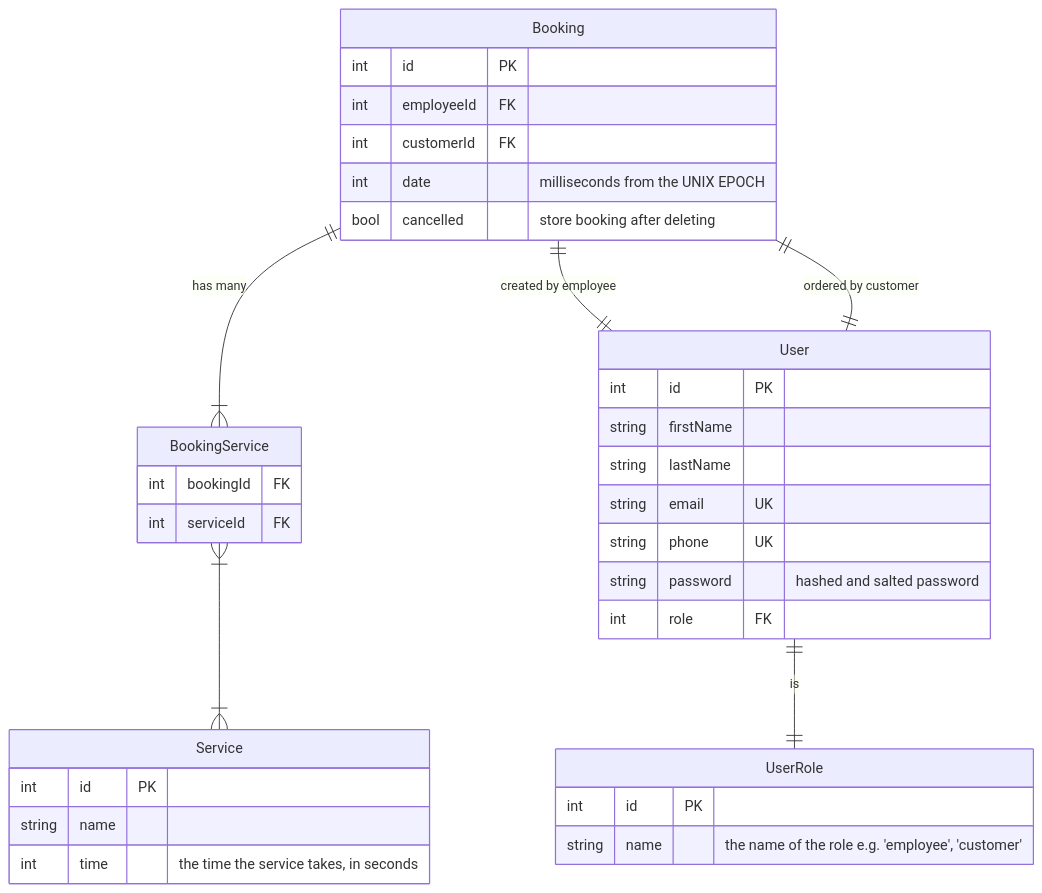
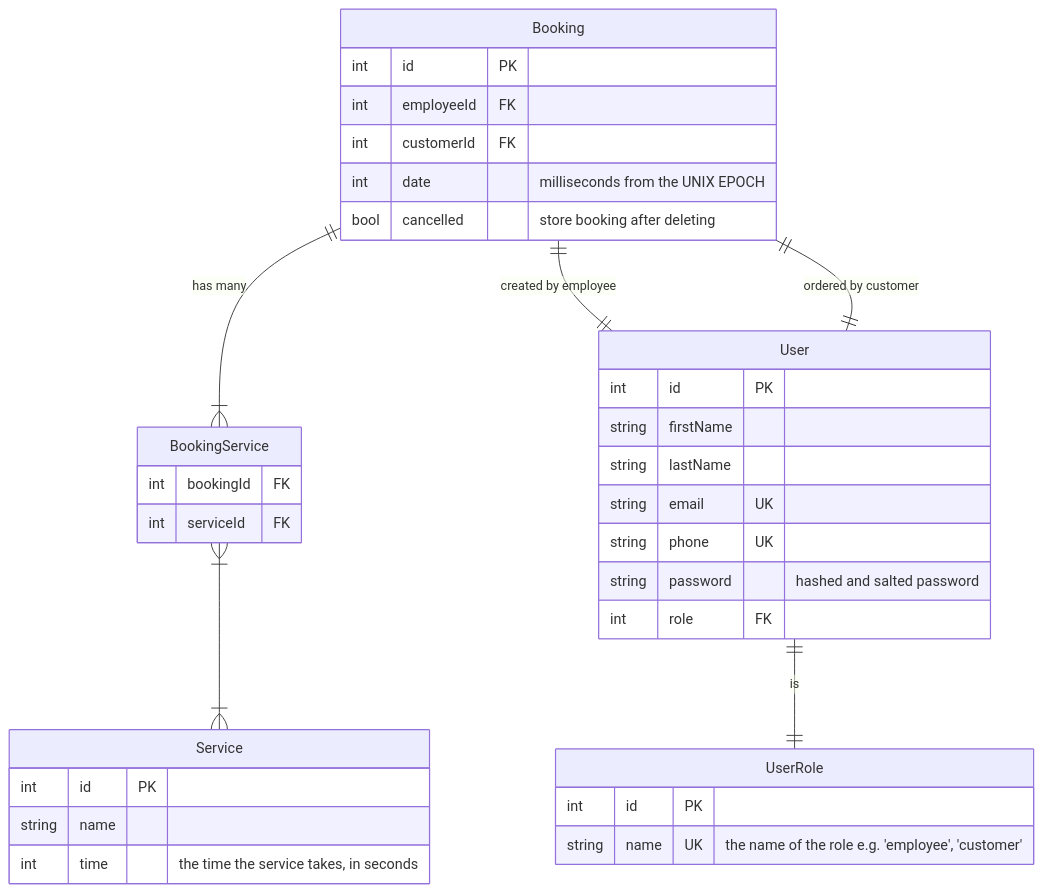
The diagram in assets/Diagrammer/ER-diagram.md (zealand-cs/Haarmonika), drawn with Mermaid before and after one commit. The commit also changed 8 other files, not shown here.

````diff
--- a/assets/Diagrammer/ER-diagram.md
+++ b/assets/Diagrammer/ER-diagram.md
@@ -3,42 +3,42 @@
 ```mermaid
 erDiagram
     User {
         int id PK
         string firstName
         string lastName
         string email UK
         string phone UK
         string password "hashed and salted password"
         int role FK
     }
     
     UserRole {
         int id PK
-        string name "the name of the role e.g. 'employee', 'customer'"
+        string name UK "the name of the role e.g. 'employee', 'customer'"
     }
         
     Service {
         int id PK
         string name
         int time "the time the service takes, in seconds"
     }
    
     Booking {
         int id PK
         int employeeId FK
         int customerId FK
         int date "milliseconds from the UNIX EPOCH"
         bool cancelled "store booking after deleting"
     }
     
     BookingService {
         int bookingId FK
         int serviceId FK
     }
 
     Booking ||--|{ BookingService : "has many"
     BookingService }|--|{ Service : ""
     Booking ||--|| User : "created by employee"
     Booking ||--|| User : "ordered by customer"
     User ||--|| UserRole : "is"
 ```
````
